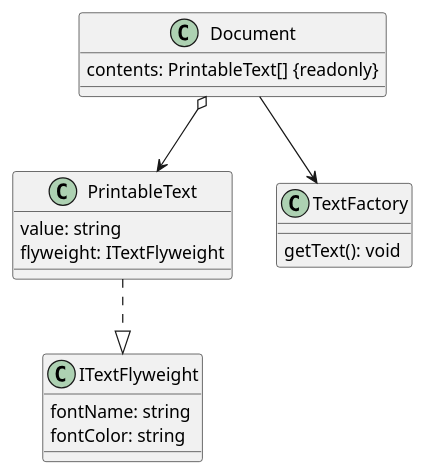
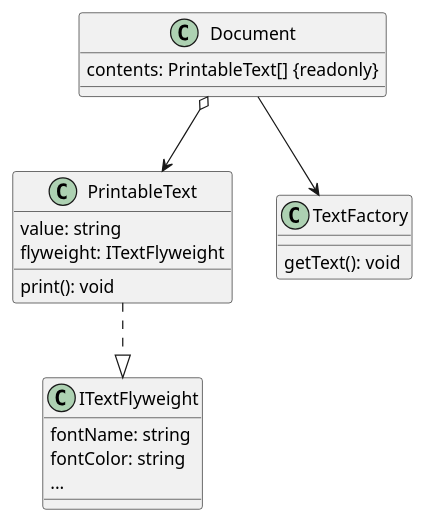
One commit to apatequil/DesignPatterns.TS changed the diagram in src/patterns/flyweight/docs/flyweight.puml. Above: the diagram before and after it, drawn with PlantUML. The commit also changed 2 other files, not shown here.

Commit message:
Started adding diagrams for flyweight

```diff
--- a/src/patterns/flyweight/docs/flyweight.puml
+++ b/src/patterns/flyweight/docs/flyweight.puml
@@ -1,29 +1,31 @@
 @startuml
 
 
 
 class PrintableText {
     value: string
     flyweight: ITextFlyweight
+    print(): void
 }
 
 class TextFactory {
     getText(): void
 
 }
 
 class ITextFlyweight {
     fontName: string
     fontColor: string
+    ...
 }
 
 class Document {
     contents: PrintableText[] {readonly}
 
 }
 
 
 Document --> TextFactory
 Document o--> PrintableText
 PrintableText ..|> ITextFlyweight
 @enduml
```
